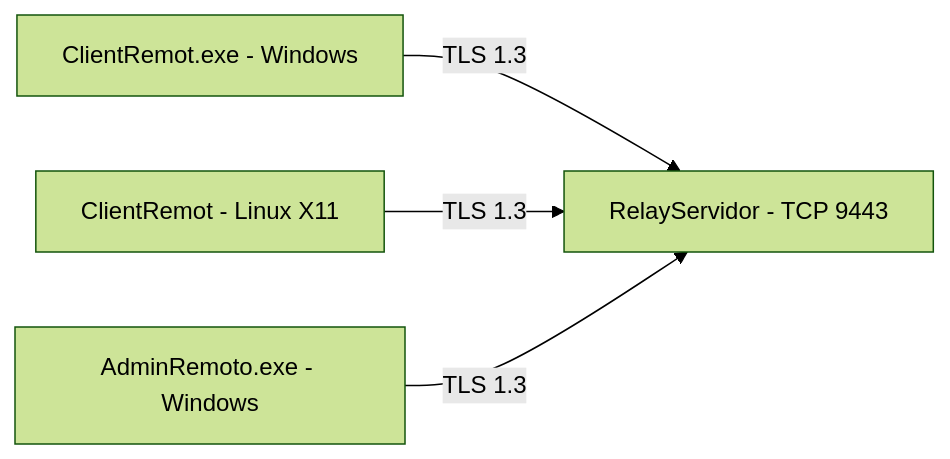
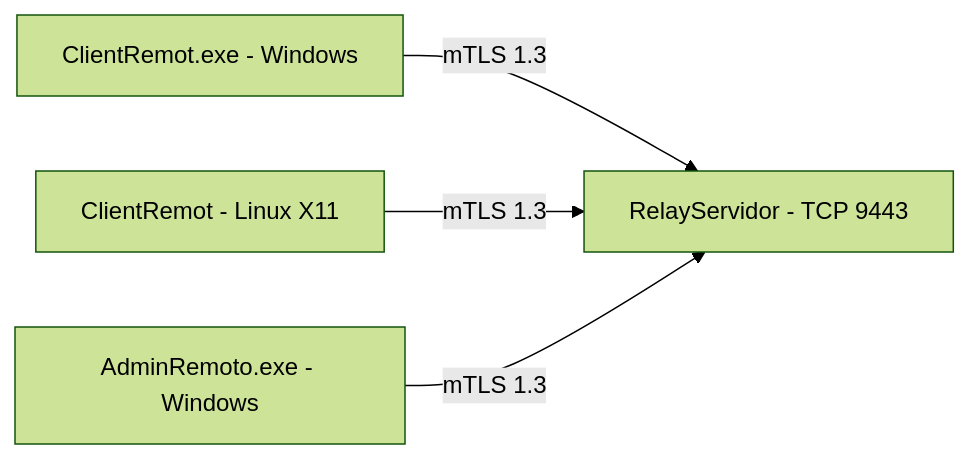
Before and after one commit to jaanque/Gecko: the first of 2 diagrams in README.md, drawn with Mermaid (forest theme). The commit also changed other lines of this file and 45 other files, not shown here.

````diff
--- a/README.md
+++ b/README.md
@@ -5,6 +5,6 @@
 ```mermaid
 flowchart LR
-    CW["ClientRemot.exe - Windows"] -- "TLS 1.3" --> R["RelayServidor - TCP 9443"]
-    CL["ClientRemot - Linux X11"] -- "TLS 1.3" --> R
-    A["AdminRemoto.exe - Windows"] -- "TLS 1.3" --> R
+    CW["ClientRemot.exe - Windows"] -- "mTLS 1.3" --> R["RelayServidor - TCP 9443"]
+    CL["ClientRemot - Linux X11"] -- "mTLS 1.3" --> R
+    A["AdminRemoto.exe - Windows"] -- "mTLS 1.3" --> R
 ```
````
